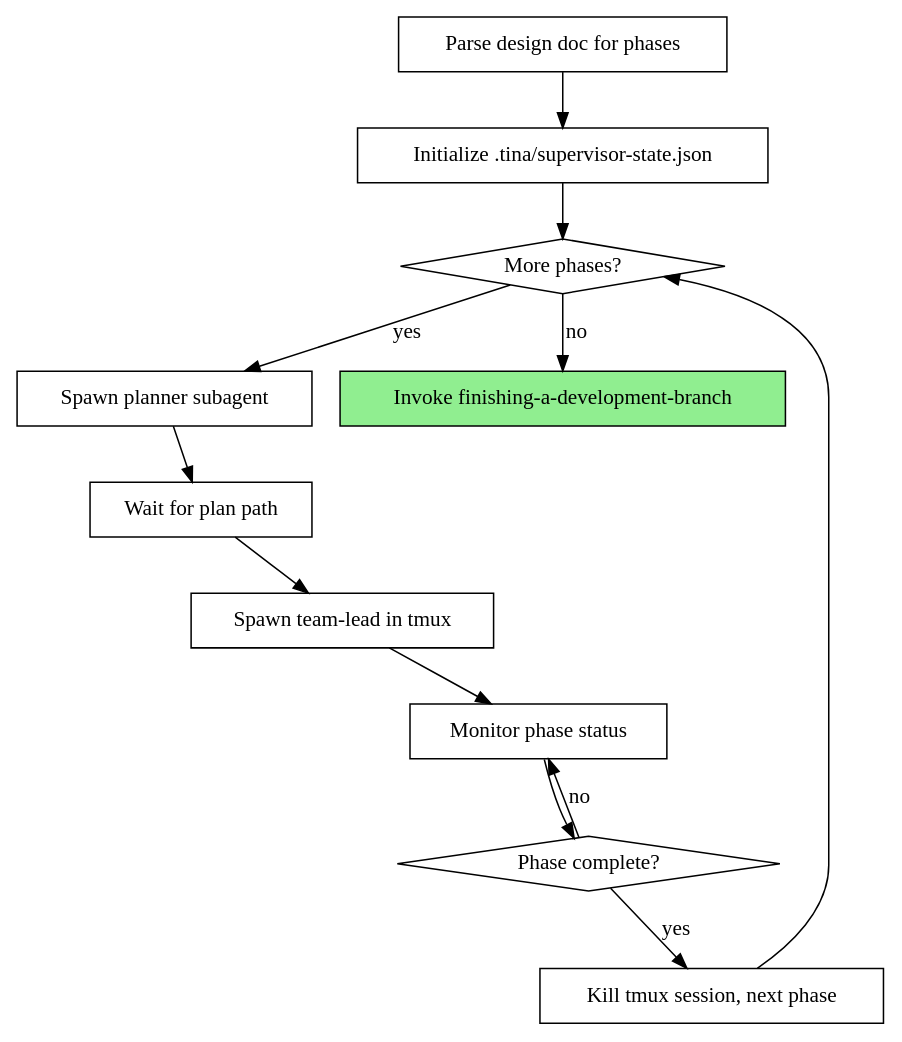
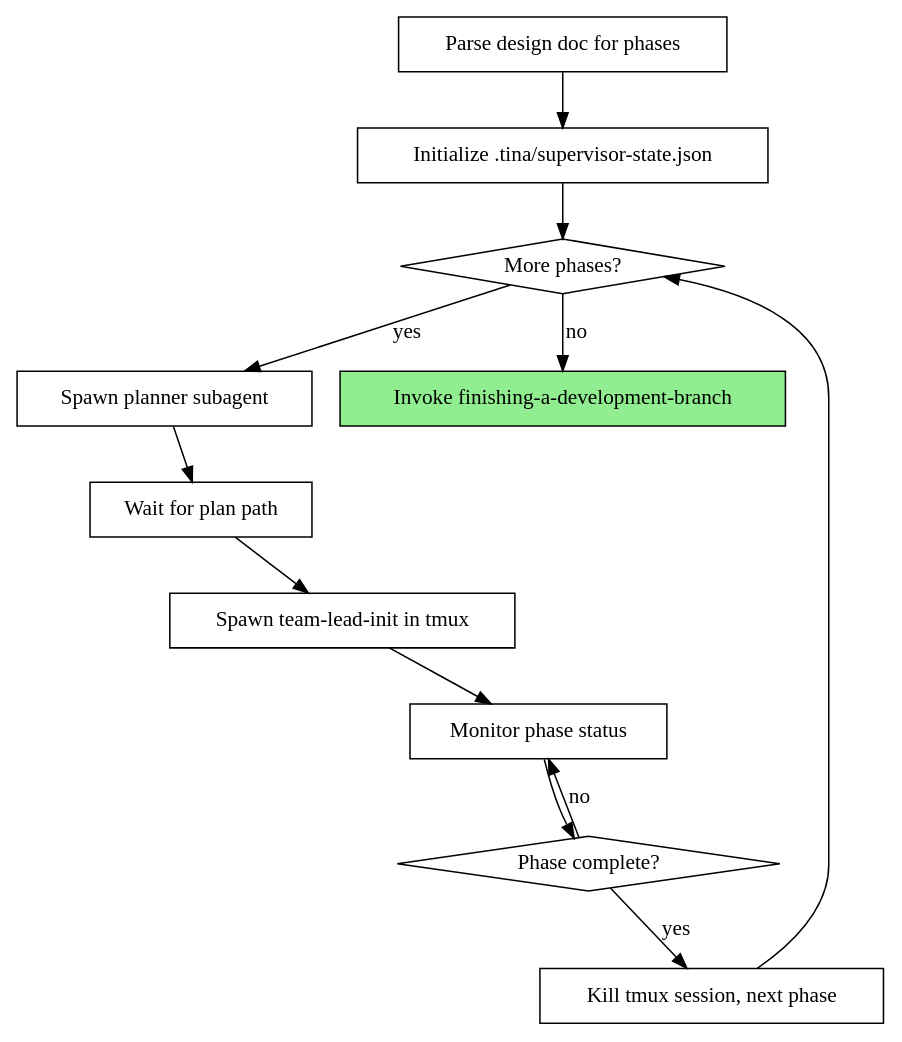
One commit to joshuabates/tina changed the diagram in skills/orchestrate/SKILL.md. Above: the diagram before and after it, drawn with Graphviz. The commit also changed other lines of this file, not shown here.

````diff
--- a/skills/orchestrate/SKILL.md
+++ b/skills/orchestrate/SKILL.md
@@ -30,28 +30,28 @@
 ```dot
 digraph orchestrate {
     rankdir=TB;
 
     "Parse design doc for phases" [shape=box];
     "Initialize .tina/supervisor-state.json" [shape=box];
     "More phases?" [shape=diamond];
     "Spawn planner subagent" [shape=box];
     "Wait for plan path" [shape=box];
-    "Spawn team-lead in tmux" [shape=box];
+    "Spawn team-lead-init in tmux" [shape=box];
     "Monitor phase status" [shape=box];
     "Phase complete?" [shape=diamond];
     "Kill tmux session, next phase" [shape=box];
     "Invoke finishing-a-development-branch" [shape=box style=filled fillcolor=lightgreen];
 
     "Parse design doc for phases" -> "Initialize .tina/supervisor-state.json";
     "Initialize .tina/supervisor-state.json" -> "More phases?";
     "More phases?" -> "Spawn planner subagent" [label="yes"];
     "Spawn planner subagent" -> "Wait for plan path";
-    "Wait for plan path" -> "Spawn team-lead in tmux";
-    "Spawn team-lead in tmux" -> "Monitor phase status";
+    "Wait for plan path" -> "Spawn team-lead-init in tmux";
+    "Spawn team-lead-init in tmux" -> "Monitor phase status";
     "Monitor phase status" -> "Phase complete?";
     "Phase complete?" -> "Monitor phase status" [label="no"];
     "Phase complete?" -> "Kill tmux session, next phase" [label="yes"];
     "Kill tmux session, next phase" -> "More phases?";
     "More phases?" -> "Invoke finishing-a-development-branch" [label="no"];
 }
 ```
````
